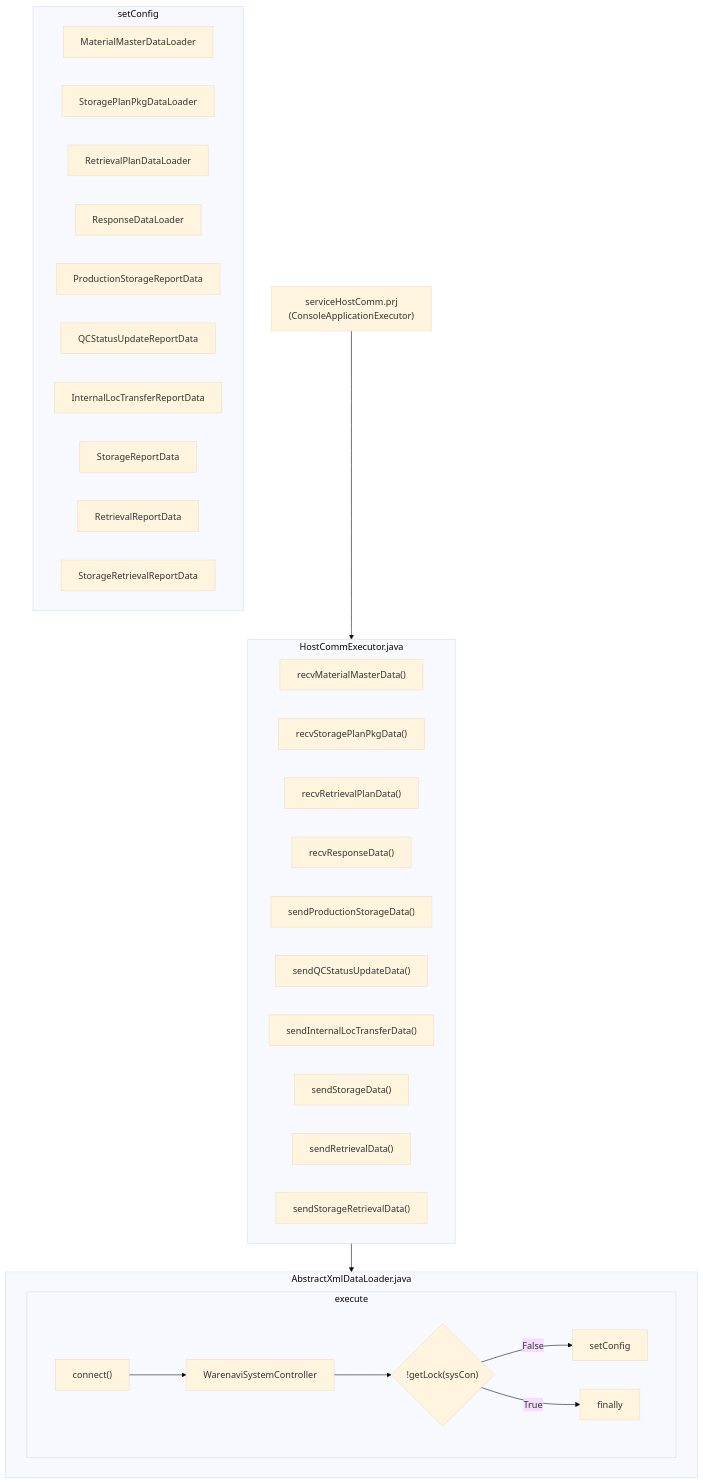
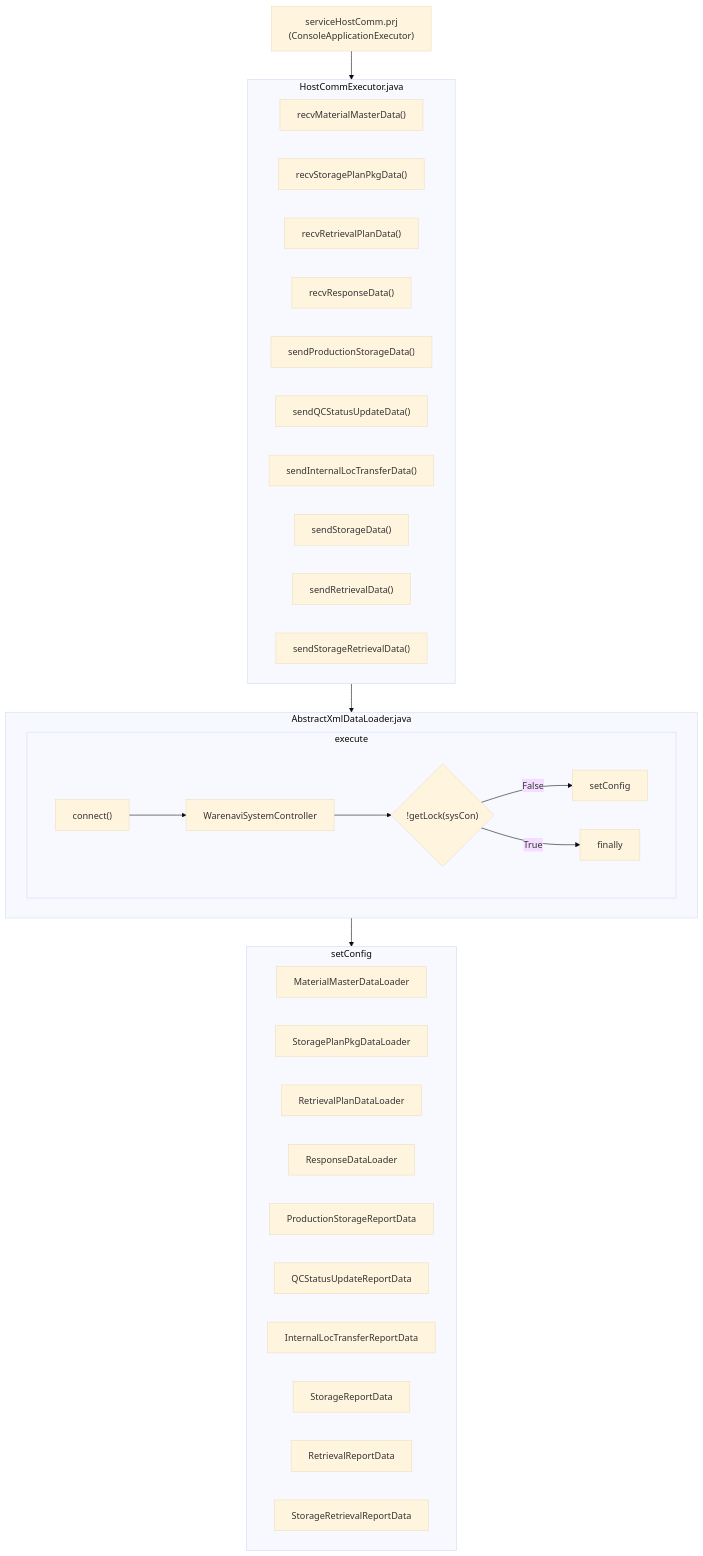
Before and after one commit to luthfiadityaa/SimeDarby-Wiki: the diagram in Basic-Design/Host-Interfaces.md, drawn with Mermaid (base theme).

Commit message:
Updated Host Interfaces

```diff
--- a/Basic-Design/Host-Interfaces.md
+++ b/Basic-Design/Host-Interfaces.md
@@ -30,52 +30,53 @@
 ::: mermaid
 flowchart TD
  C1["serviceHostComm.prj<br>(ConsoleApplicationExecutor)"]           
  C1 --> HostCommExecutor.java
  AbstractXmlDataLoader.java
  HostCommExecutor.java --> AbstractXmlDataLoader.java
+ AbstractXmlDataLoader.java --> setConfig
 
 subgraph HostCommExecutor.java
  C2["recvMaterialMasterData()"]
  C3["recvStoragePlanPkgData()"]
  C4["recvRetrievalPlanData()"]
  C5["recvResponseData()"]
  C6["sendProductionStorageData()"]
  C7["sendQCStatusUpdateData()"]
  C8["sendInternalLocTransferData()"]
  C9["sendStorageData()"]
  C10["sendRetrievalData()"]
  C11["sendStorageRetrievalData()"]
 end
 
 subgraph AbstractXmlDataLoader.java
  execute        
 end
 
 subgraph execute
  C13["connect()"]
  C14["WarenaviSystemController"]
  
  Cond1{"!getLock(sysCon)"} 
 
  C16["setConfig"]
  C15["finally"]
 
  C13 --> C14 --> Cond1
  Cond1 --> |False| C16
  Cond1 --> |True| C15   
 end
 
 subgraph setConfig
  C21["MaterialMasterDataLoader"]
  C22["StoragePlanPkgDataLoader"]
  C23["RetrievalPlanDataLoader"]
  C24["ResponseDataLoader"]
  C25["ProductionStorageReportData"]
  C26["QCStatusUpdateReportData"]
  C27["InternalLocTransferReportData"]
  C28["StorageReportData"]
  C29["RetrievalReportData"]
  C30["StorageRetrievalReportData"]        
 end
 
 :::
```
